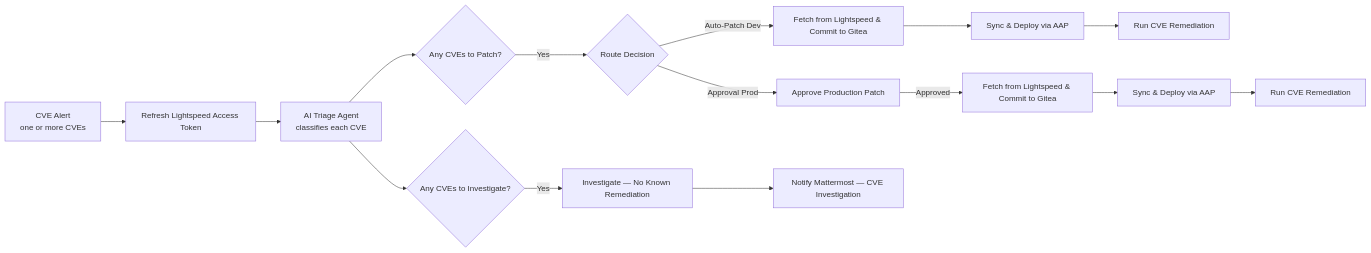
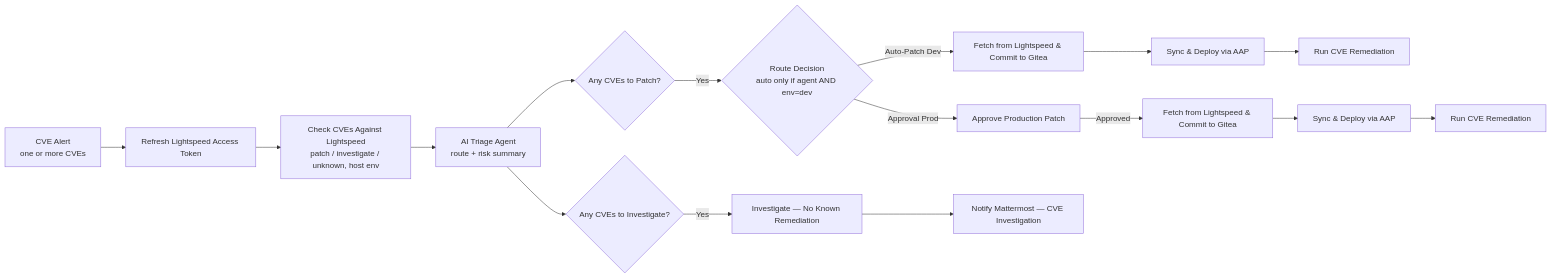
One commit to mlowcher61/ao_demos changed the diagram in cve-remediation/workflow.mermaid. Above: the diagram before and after it, drawn with Mermaid. The commit also changed 11 other files, not shown here.

First line of the commit message:
Sort CVEs from Lightspeed data, not by the AI agent

```diff
--- a/cve-remediation/workflow.mermaid
+++ b/cve-remediation/workflow.mermaid
@@ -1,18 +1,19 @@
 flowchart LR
   A[CVE Alert<br/>one or more CVEs] --> R[Refresh Lightspeed Access Token]
-  R --> B[AI Triage Agent<br/>classifies each CVE]
+  R --> K[Check CVEs Against Lightspeed<br/>patch / investigate / unknown, host env]
+  K --> B[AI Triage Agent<br/>route + risk summary]
   B --> P{Any CVEs to Patch?}
   B --> Q{Any CVEs to Investigate?}
 
-  P -->|Yes| C{Route Decision}
+  P -->|Yes| C{Route Decision<br/>auto only if agent AND env=dev}
   C -->|Auto-Patch Dev| D1[Fetch from Lightspeed & Commit to Gitea]
   D1 --> D2[Sync & Deploy via AAP]
   D2 --> D3[Run CVE Remediation]
 
   C -->|Approval Prod| E0[Approve Production Patch]
   E0 -->|Approved| E1[Fetch from Lightspeed & Commit to Gitea]
   E1 --> E2[Sync & Deploy via AAP]
   E2 --> E3[Run CVE Remediation]
 
   Q -->|Yes| F1[Investigate — No Known Remediation]
   F1 --> F3[Notify Mattermost — CVE Investigation]
```
